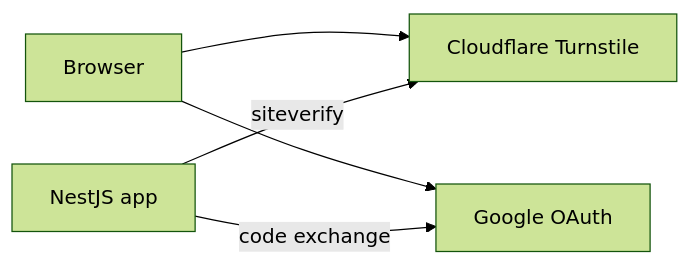
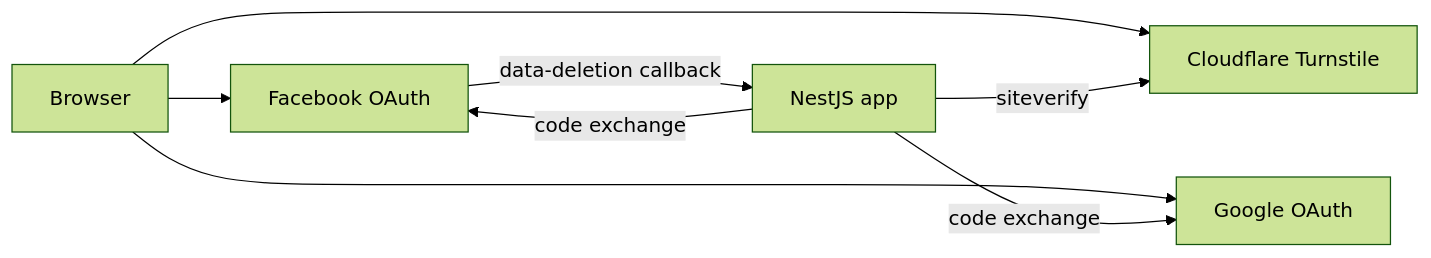
One commit to tareq89/biddaloy changed the first of 2 diagrams in docs/architecture/10-third-party-services.md. Above: the diagram before and after it, drawn with Mermaid (forest theme). The commit also changed other lines of this file and 47 other files, not shown here.

````diff
--- a/docs/architecture/10-third-party-services.md
+++ b/docs/architecture/10-third-party-services.md
@@ -8,7 +8,10 @@
 ```mermaid
 flowchart LR
     B[Browser] --> T[Cloudflare Turnstile]
     B --> G[Google OAuth]
+    B --> FB[Facebook OAuth]
     API[NestJS app] -- "siteverify" --> T
     API -- "code exchange" --> G
+    API -- "code exchange" --> FB
+    FB -- "data-deletion callback" --> API
 ```
````
